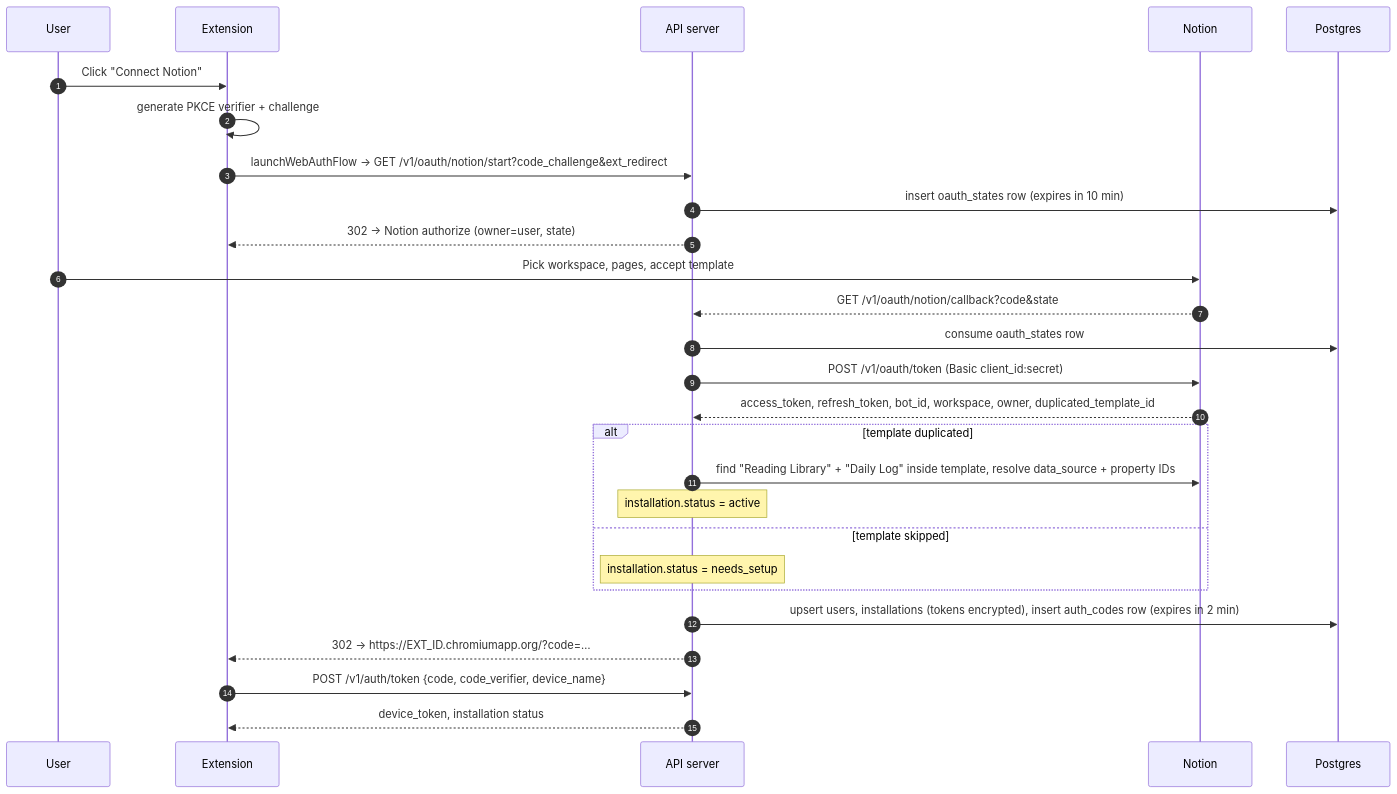
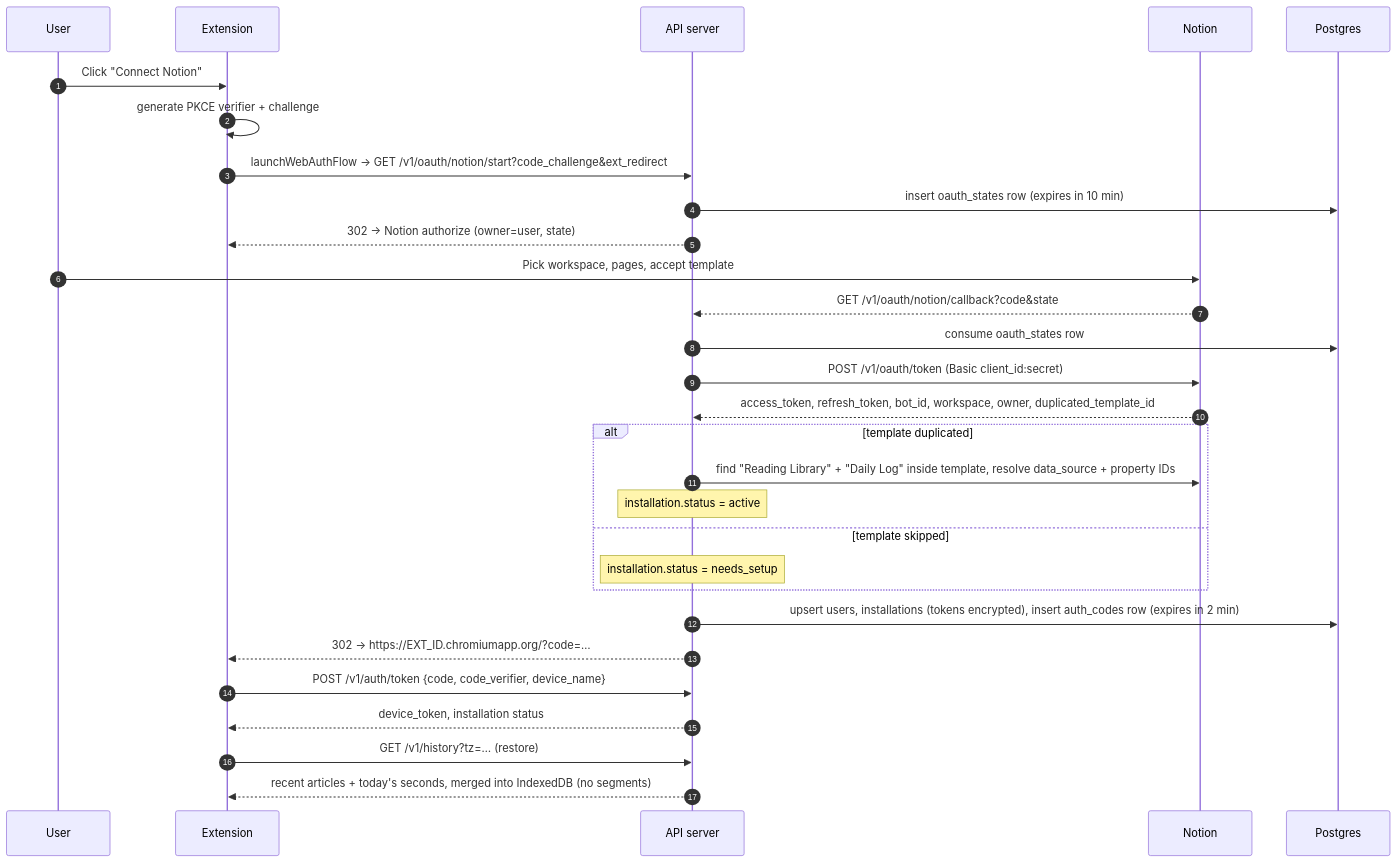
Before and after one commit to tuncloud/reading-chrome-extension: the second of 7 diagrams in docs/reading-tracker-onboarding.md, drawn with Mermaid. The commit also changed other lines of this file and 3 other files, not shown here.

````diff
--- a/docs/reading-tracker-onboarding.md
+++ b/docs/reading-tracker-onboarding.md
@@ -194,30 +195,32 @@
 ```mermaid
 sequenceDiagram
     autonumber
     participant U as User
     participant X as Extension
     participant A as API server
     participant N as Notion
     participant D as Postgres
 
     U->>X: Click "Connect Notion"
     X->>X: generate PKCE verifier + challenge
     X->>A: launchWebAuthFlow → GET /v1/oauth/notion/start?code_challenge&ext_redirect
     A->>D: insert oauth_states row (expires in 10 min)
     A-->>X: 302 → Notion authorize (owner=user, state)
     U->>N: Pick workspace, pages, accept template
     N-->>A: GET /v1/oauth/notion/callback?code&state
     A->>D: consume oauth_states row
     A->>N: POST /v1/oauth/token (Basic client_id:secret)
     N-->>A: access_token, refresh_token, bot_id, workspace, owner, duplicated_template_id
     alt template duplicated
         A->>N: find "Reading Library" + "Daily Log" inside template, resolve data_source + property IDs
         Note over A: installation.status = active
     else template skipped
         Note over A: installation.status = needs_setup
     end
     A->>D: upsert users, installations (tokens encrypted), insert auth_codes row (expires in 2 min)
     A-->>X: 302 → https://EXT_ID.chromiumapp.org/?code=…
     X->>A: POST /v1/auth/token {code, code_verifier, device_name}
     A-->>X: device_token, installation status
+    X->>A: GET /v1/history?tz=… (restore)
+    A-->>X: recent articles + today's seconds, merged into IndexedDB (no segments)
 ```
````
